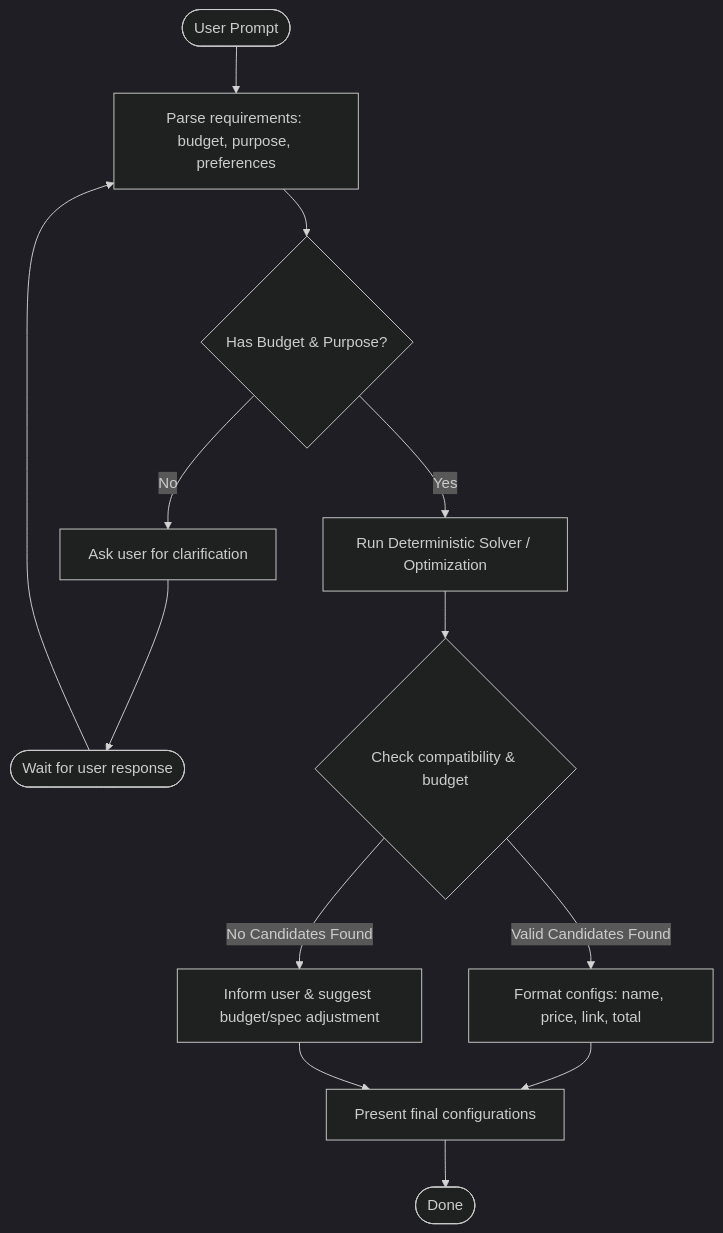
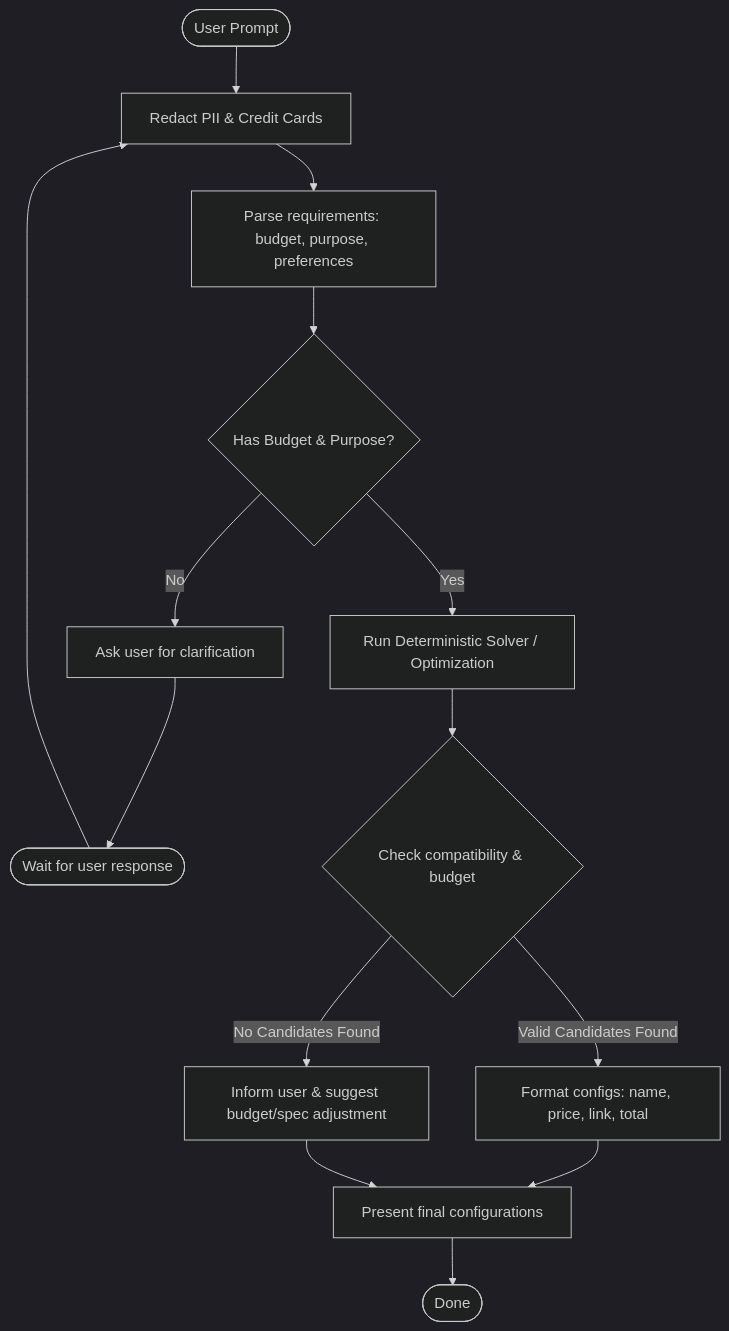
The diagram in specs/technical_design.md (ayushmorbar/OptiBuild), drawn with Mermaid (dark theme) before and after one commit. The commit also changed 1 other file, not shown here.

Commit message:
docs: add PII redaction layer to Mermaid workflow graph and development history

````diff
--- a/specs/technical_design.md
+++ b/specs/technical_design.md
@@ -41,15 +41,16 @@
 ```mermaid
 graph TD
-    START([User Prompt]) --> ParseInput[Parse requirements: budget, purpose, preferences]
+    START([User Prompt]) --> RedactPII[Redact PII & Credit Cards]
+    RedactPII --> ParseInput[Parse requirements: budget, purpose, preferences]
     ParseInput --> CheckCompleteness{Has Budget & Purpose?}
     CheckCompleteness -->|No| Clarify[Ask user for clarification]
     Clarify --> WaitUser([Wait for user response])
-    WaitUser --> ParseInput
+    WaitUser --> RedactPII
     CheckCompleteness -->|Yes| Solve[Run Deterministic Solver / Optimization]
     Solve --> VerifyCompatibility{Check compatibility & budget}
     VerifyCompatibility -->|Valid Candidates Found| FormulateConfig[Format configs: name, price, link, total]
     VerifyCompatibility -->|No Candidates Found| RaiseLimit[Inform user & suggest budget/spec adjustment]
     FormulateConfig --> Present[Present final configurations]
     RaiseLimit --> Present
     Present --> END([Done])
 ```
````
